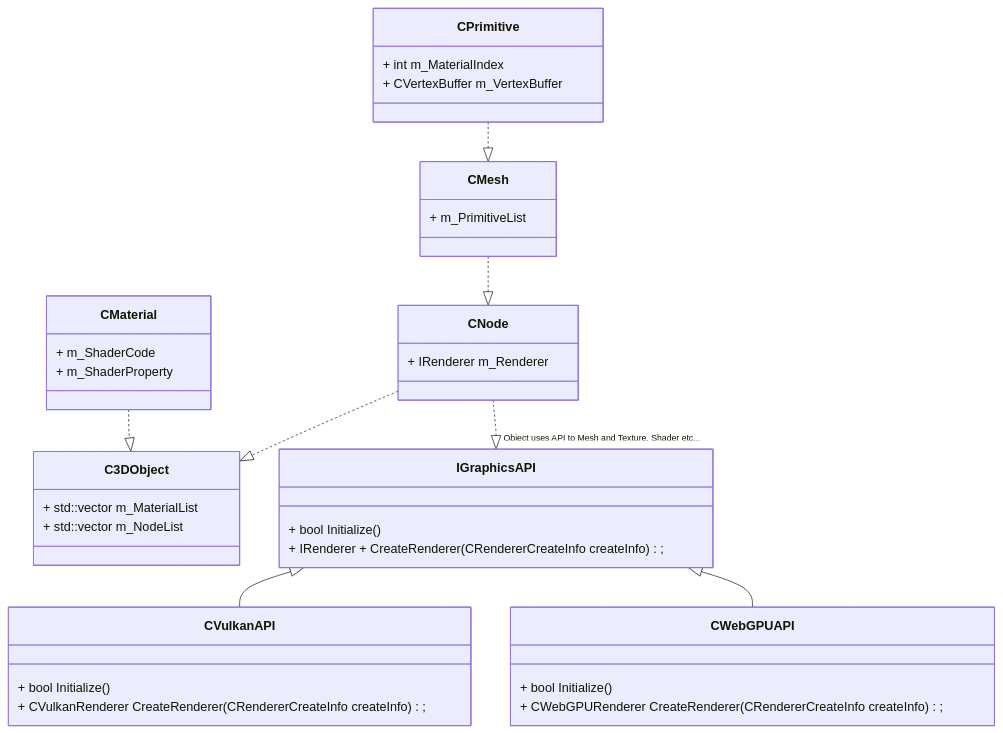
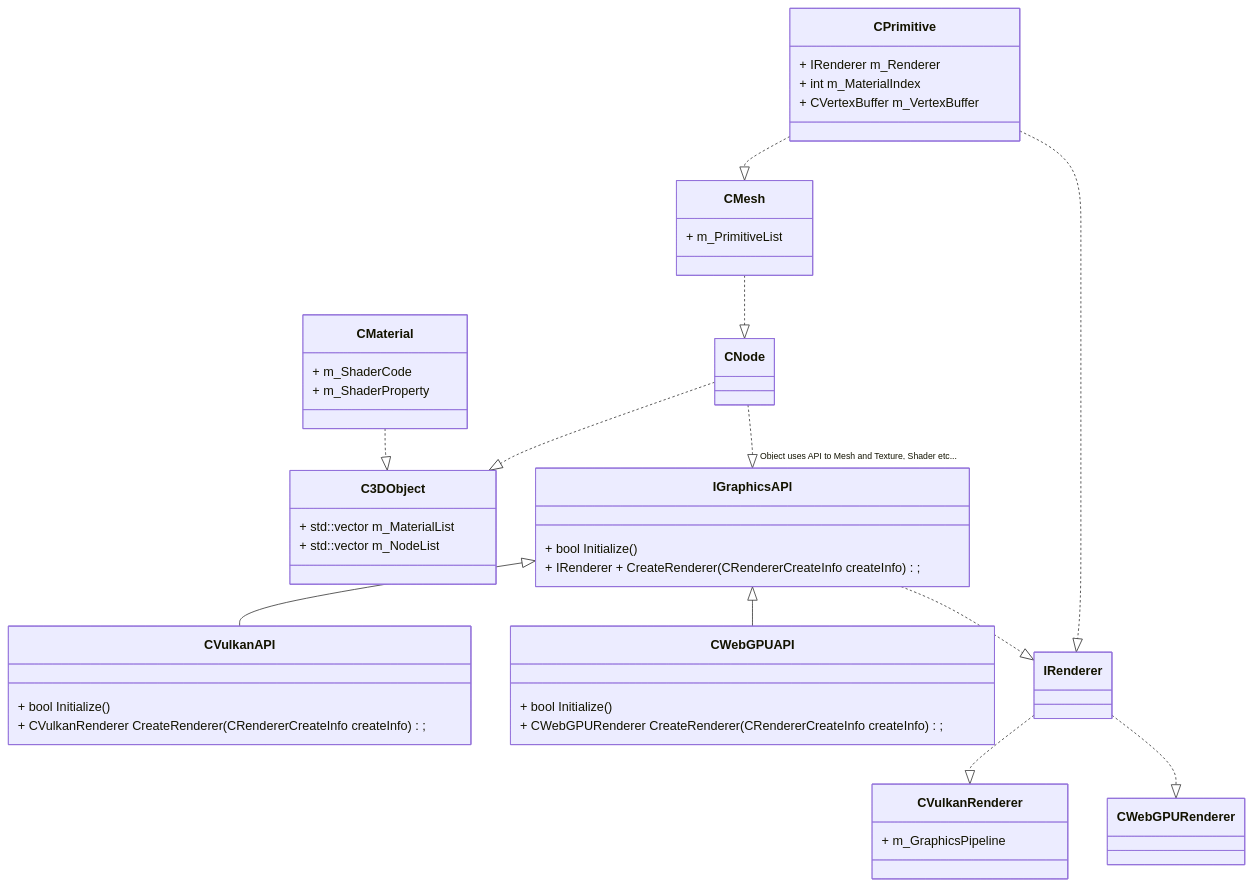
The diagram in Garnet/UML/GraphicsStructure.md (HaruoOgawa/Garnet), drawn with Mermaid before and after one commit.

````diff
--- a/Garnet/UML/GraphicsStructure.md
+++ b/Garnet/UML/GraphicsStructure.md
@@ -1,55 +1,74 @@
 ```mermaid
 classDiagram
   class C3DObject{
     + std::vector<CMaterial> m_MaterialList
     + std::vector<CNode> m_NodeList
   }
 
   class CNode{
-    + IRenderer m_Renderer
   }
  
   CNode ..|> C3DObject
  
   class CMaterial{
     + m_ShaderCode
     + m_ShaderProperty
   }
 
   CMaterial ..|> C3DObject
 
   class CMesh{
     + m_PrimitiveList
   }
   
   CMesh ..|> CNode
   
   class CPrimitive{
+    + IRenderer m_Renderer
     + int m_MaterialIndex
     + CVertexBuffer m_VertexBuffer
   }
 
   CPrimitive ..|> CMesh
 
   class IGraphicsAPI{
     + bool Initialize()
     + IRenderer + CreateRenderer(CRendererCreateInfo createInfo);
   }
   
   CNode ..|> "Object uses API to Mesh and Texture, Shader etc..." IGraphicsAPI
 
   class CVulkanAPI{
     + bool Initialize()
     + CVulkanRenderer CreateRenderer(CRendererCreateInfo createInfo);
   }
   
   IGraphicsAPI <|-- CVulkanAPI
   
   class CWebGPUAPI{
     + bool Initialize()
     + CWebGPURenderer CreateRenderer(CRendererCreateInfo createInfo);
   }
   
   IGraphicsAPI <|-- CWebGPUAPI
 
+  class IRenderer{
+  
+  }
+  
+  CPrimitive ..|> IRenderer
+  IGraphicsAPI ..|> IRenderer
+  
+  class CVulkanRenderer{
+    + m_GraphicsPipeline
+  }
+  
+  IRenderer ..|> CVulkanRenderer
+  
+  class CWebGPURenderer{
+  
+  }
+  
+  IRenderer ..|> CWebGPURenderer
+
 ```
````
